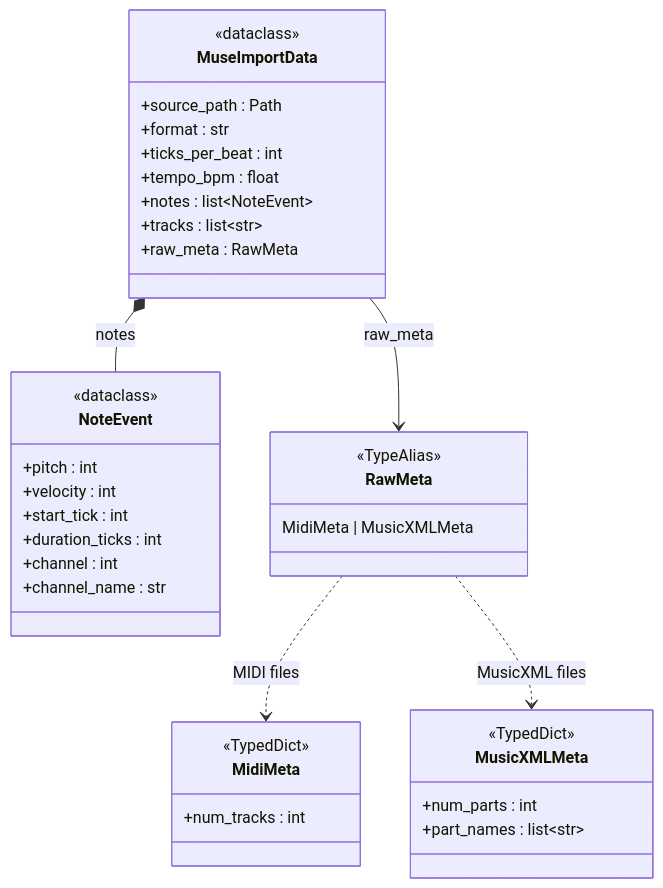
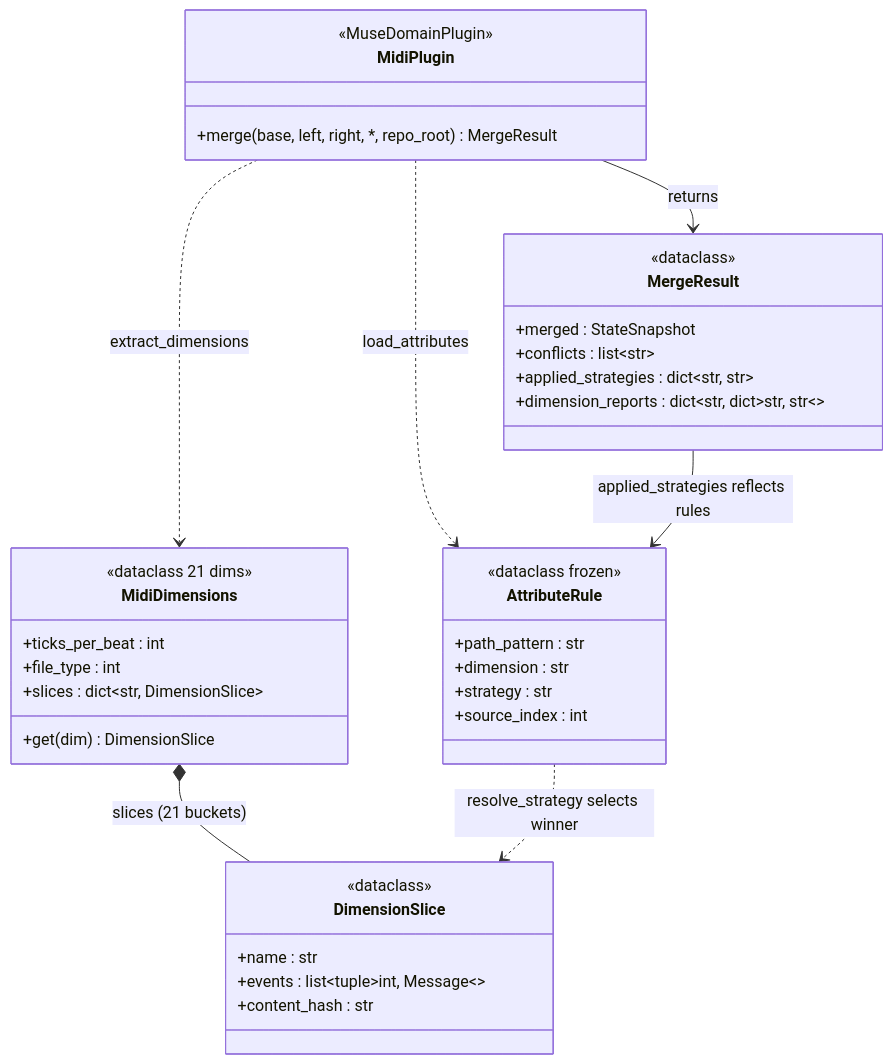
One commit to cgcardona/muse changed the eighth of 11 diagrams in docs/reference/type-contracts.md. Above: the diagram before and after it, drawn with Mermaid. The commit also changed other lines of this file, not shown here.

First line of the commit message:
docs: complete type-contracts.md refresh for v0.2.0 (#78)

````diff
--- a/docs/reference/type-contracts.md
+++ b/docs/reference/type-contracts.md
@@ -1122,40 +2028,41 @@
 ```mermaid
 classDiagram
-    class MidiMeta {
-        <<TypedDict>>
-        +num_tracks : int
+    class AttributeRule {
+        <<dataclass frozen>>
+        +path_pattern : str
+        +dimension : str
+        +strategy : str
+        +source_index : int
     }
-    class MusicXMLMeta {
-        <<TypedDict>>
-        +num_parts : int
-        +part_names : list~str~
+    class DimensionSlice {
+        <<dataclass>>
+        +name : str
+        +events : list~tuple~int, Message~~
+        +content_hash : str
     }
-    class NoteEvent {
+    class MidiDimensions {
+        <<dataclass 21 dims>>
+        +ticks_per_beat : int
+        +file_type : int
+        +slices : dict~str, DimensionSlice~
+        +get(dim) DimensionSlice
+    }
+    class MergeResult {
         <<dataclass>>
-        +pitch : int
-        +velocity : int
-        +start_tick : int
-        +duration_ticks : int
-        +channel : int
-        +channel_name : str
+        +merged : StateSnapshot
+        +conflicts : list~str~
+        +applied_strategies : dict~str, str~
+        +dimension_reports : dict~str, dict~str, str~~
     }
-    class MuseImportData {
-        <<dataclass>>
-        +source_path : Path
-        +format : str
-        +ticks_per_beat : int
-        +tempo_bpm : float
-        +notes : list~NoteEvent~
-        +tracks : list~str~
-        +raw_meta : RawMeta
-    }
-    class RawMeta {
-        <<TypeAlias>>
-        MidiMeta | MusicXMLMeta
+    class MidiPlugin {
+        <<MuseDomainPlugin>>
+        +merge(base, left, right, *, repo_root) MergeResult
     }
 
-    MuseImportData *-- NoteEvent : notes
-    MuseImportData --> RawMeta : raw_meta
-    RawMeta ..> MidiMeta : MIDI files
-    RawMeta ..> MusicXMLMeta : MusicXML files
+    MidiPlugin ..> AttributeRule : load_attributes
+    MidiPlugin ..> MidiDimensions : extract_dimensions
+    MidiPlugin --> MergeResult : returns
+    MidiDimensions *-- DimensionSlice : slices (21 buckets)
+    AttributeRule ..> DimensionSlice : resolve_strategy selects winner
+    MergeResult --> AttributeRule : applied_strategies reflects rules
 ```
````
